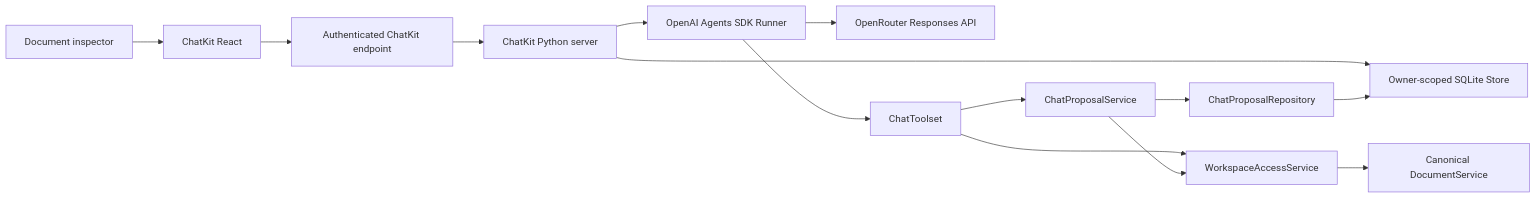
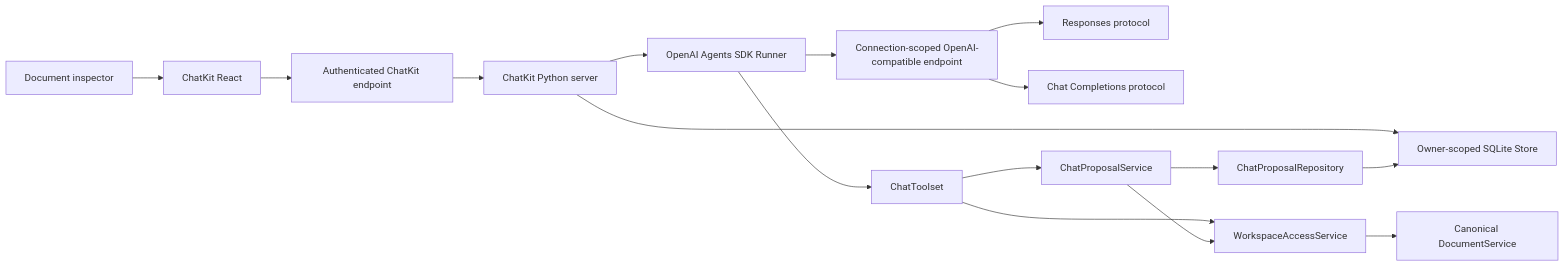
One commit to jayshah5696/sangam changed the diagram in docs/PHASE_7.md. Above: the diagram before and after it, drawn with Mermaid. The commit also changed other lines of this file and 40 other files, not shown here.

Commit message:
feat: add provider-neutral AI architecture

````diff
--- a/docs/PHASE_7.md
+++ b/docs/PHASE_7.md
@@ -24,16 +26,18 @@
 ```mermaid
 flowchart LR
     React["Document inspector"] --> ChatKitJS["ChatKit React"]
     ChatKitJS --> Endpoint["Authenticated ChatKit endpoint"]
     Endpoint --> ChatKitPy["ChatKit Python server"]
     ChatKitPy --> Store["Owner-scoped SQLite Store"]
     ChatKitPy --> Runner["OpenAI Agents SDK Runner"]
-    Runner --> Router["OpenRouter Responses API"]
+    Runner --> Provider["Connection-scoped OpenAI-compatible endpoint"]
+    Provider --> Responses["Responses protocol"]
+    Provider --> Completions["Chat Completions protocol"]
     Runner --> Tools["ChatToolset"]
     Tools --> Access["WorkspaceAccessService"]
     Access --> Documents["Canonical DocumentService"]
     Tools --> ProposalService["ChatProposalService"]
     ProposalService --> ProposalRepository["ChatProposalRepository"]
     ProposalRepository --> Store
     ProposalService --> Access
 ```
````
